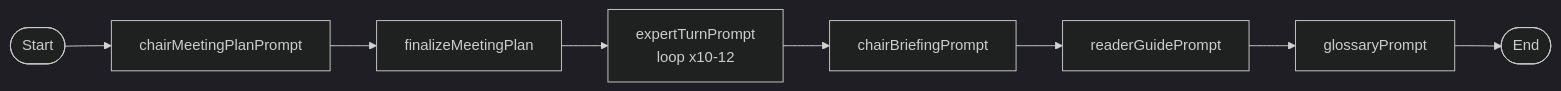
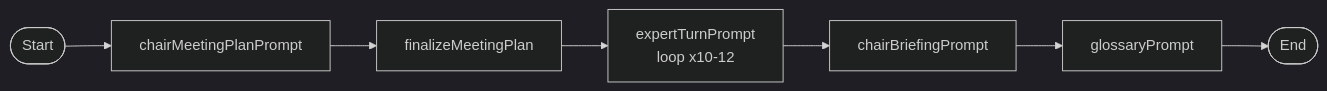
The second of 3 diagrams in docs/prompt-flow.md (Alllann/boardai), drawn with Mermaid (dark theme) before and after one commit. The commit also changed other lines of this file and 36 other files, not shown here.

Commit message:
Revampted the UI to follow typical AI Chat UI, and added jump to bottom logic. Also removed reader guide

````diff
--- a/docs/prompt-flow.md
+++ b/docs/prompt-flow.md
@@ -43,13 +43,12 @@
 ```mermaid
 flowchart LR
   START(["Start"])
   PLAN["chairMeetingPlanPrompt"]
   FIN["finalizeMeetingPlan"]
   EXPERT["expertTurnPrompt<br/>loop x10-12"]
   BRIEF["chairBriefingPrompt"]
-  READER["readerGuidePrompt"]
   GLOSS["glossaryPrompt"]
   END(["End"])
 
-  START --> PLAN --> FIN --> EXPERT --> BRIEF --> READER --> GLOSS --> END
+  START --> PLAN --> FIN --> EXPERT --> BRIEF --> GLOSS --> END
 ```
````
